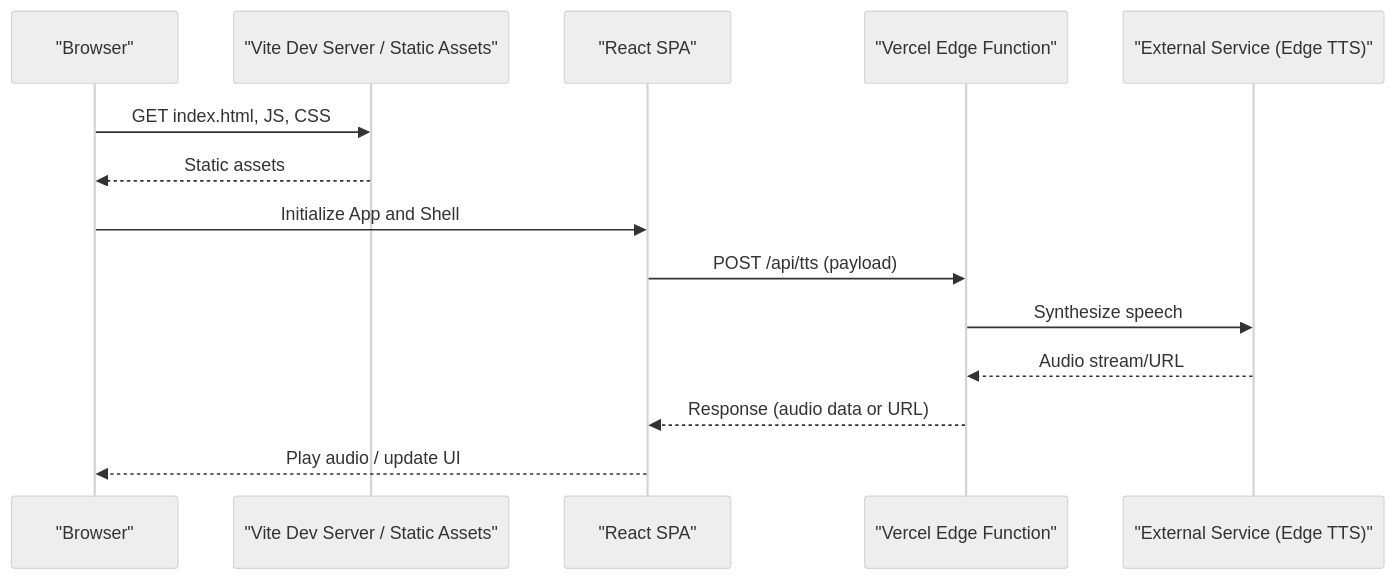
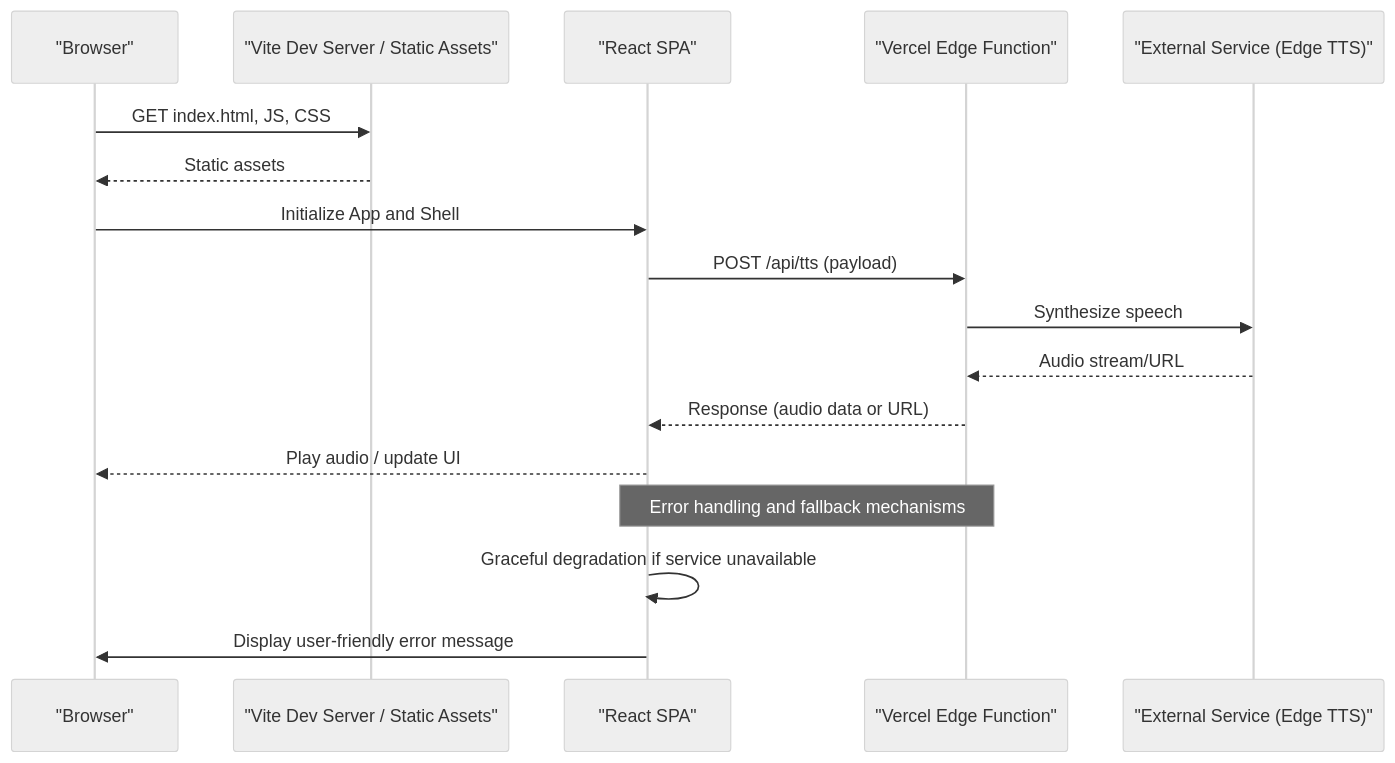
One commit to zmyeo54/briefroom changed the second of 9 diagrams in .qoder/repowiki/en/content/Architecture Overview/Architecture Overview.md. Above: the diagram before and after it, drawn with Mermaid (neutral theme). The commit also changed other lines of this file and 7 other files, not shown here.

````diff
--- a/.qoder/repowiki/en/content/Architecture Overview/Architecture Overview.md
+++ b/.qoder/repowiki/en/content/Architecture Overview/Architecture Overview.md
@@ -137,16 +148,19 @@
 ```mermaid
 sequenceDiagram
 participant Browser as "Browser"
 participant Vite as "Vite Dev Server / Static Assets"
 participant React as "React SPA"
 participant EdgeFn as "Vercel Edge Function"
 participant Ext as "External Service (Edge TTS)"
 Browser->>Vite : GET index.html, JS, CSS
 Vite-->>Browser : Static assets
 Browser->>React : Initialize App and Shell
 React->>EdgeFn : POST /api/tts (payload)
 EdgeFn->>Ext : Synthesize speech
 Ext-->>EdgeFn : Audio stream/URL
 EdgeFn-->>React : Response (audio data or URL)
 React-->>Browser : Play audio / update UI
+Note over React,EdgeFn : Error handling and fallback mechanisms
+React->>React : Graceful degradation if service unavailable
+React->>Browser : Display user-friendly error message
 ```
````
